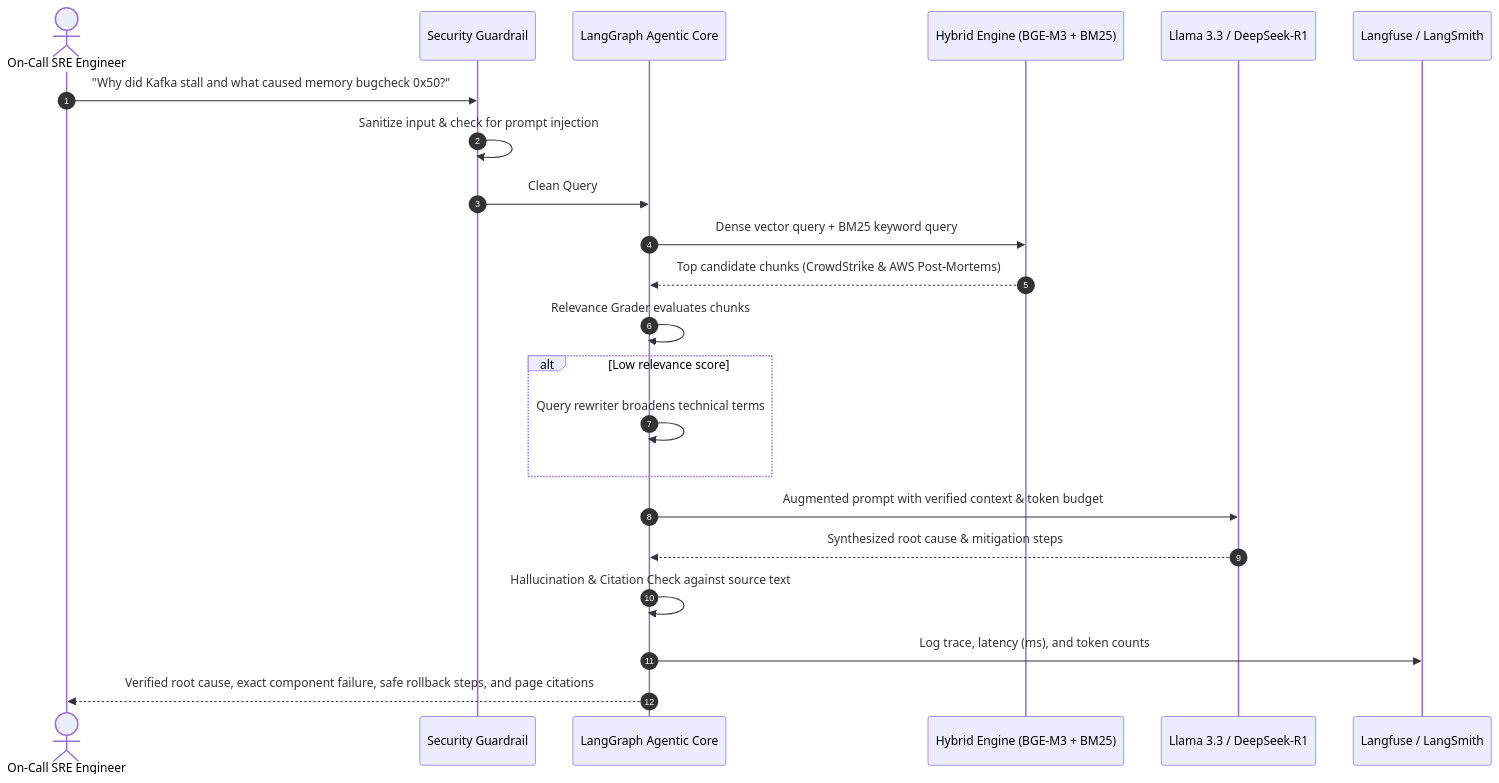
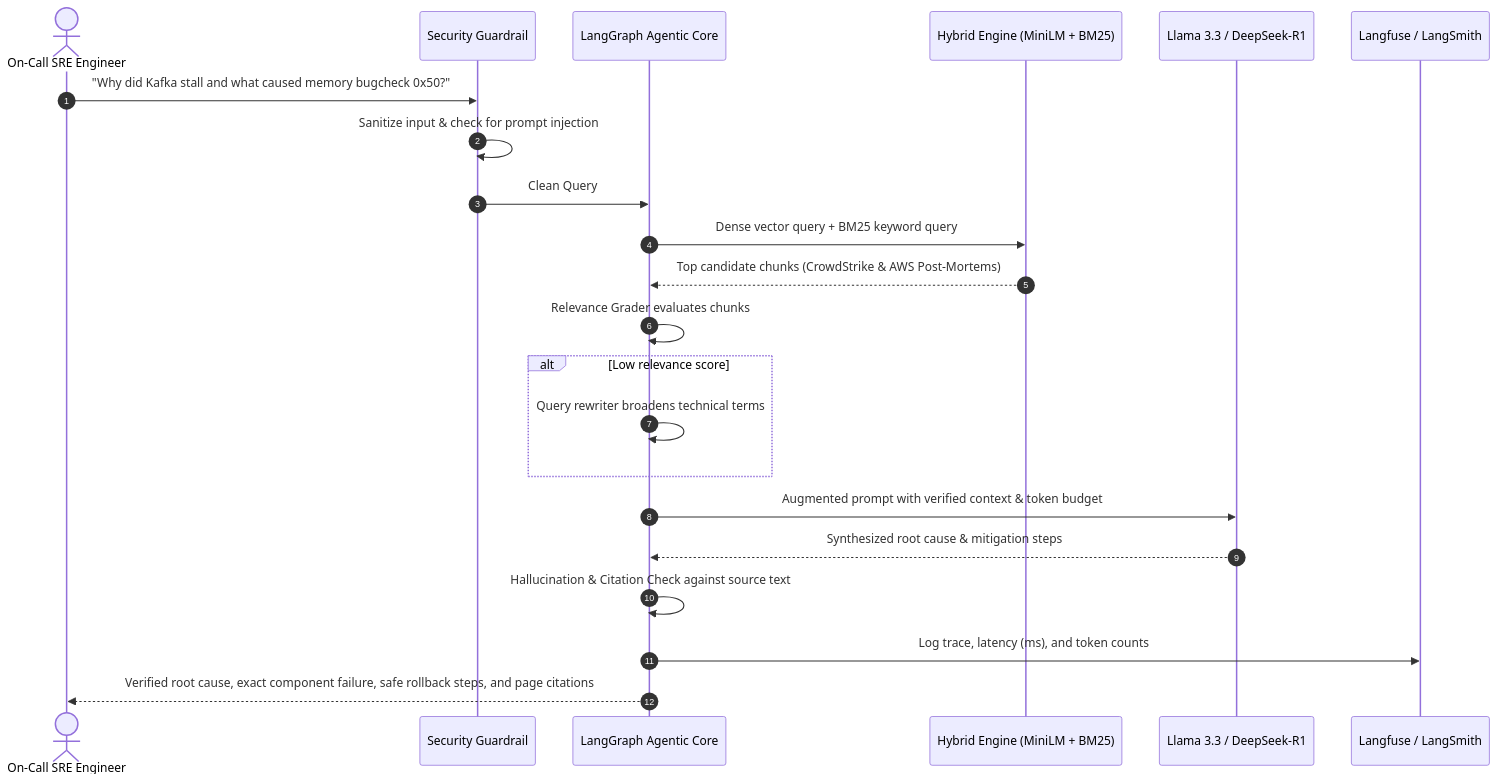
One commit to VaishnavAmbilpur/Incident-Lens changed the second of 2 diagrams in docs/04_system_diagrams.md. Above: the diagram before and after it, drawn with Mermaid. The commit also changed other lines of this file and 156 other files, not shown here.

````diff
--- a/docs/04_system_diagrams.md
+++ b/docs/04_system_diagrams.md
@@ -58,25 +58,25 @@
 ```mermaid
 sequenceDiagram
     autonumber
     actor Engineer as On-Call SRE Engineer
     participant Guard as Security Guardrail
     participant Agent as LangGraph Agentic Core
-    participant Search as Hybrid Engine (BGE-M3 + BM25)
+    participant Search as Hybrid Engine (MiniLM + BM25)
     participant LLM as Llama 3.3 / DeepSeek-R1
     participant Observability as Langfuse / LangSmith
 
     Engineer->>Guard: "Why did Kafka stall and what caused memory bugcheck 0x50?"
     Guard->>Guard: Sanitize input & check for prompt injection
     Guard->>Agent: Clean Query
     Agent->>Search: Dense vector query + BM25 keyword query
     Search-->>Agent: Top candidate chunks (CrowdStrike & AWS Post-Mortems)
     Agent->>Agent: Relevance Grader evaluates chunks
     alt Low relevance score
         Agent->>Agent: Query rewriter broadens technical terms
     end
     Agent->>LLM: Augmented prompt with verified context & token budget
     LLM-->>Agent: Synthesized root cause & mitigation steps
     Agent->>Agent: Hallucination & Citation Check against source text
     Agent->>Observability: Log trace, latency (ms), and token counts
     Agent-->>Engineer: Verified root cause, exact component failure, safe rollback steps, and page citations
 ```
````
